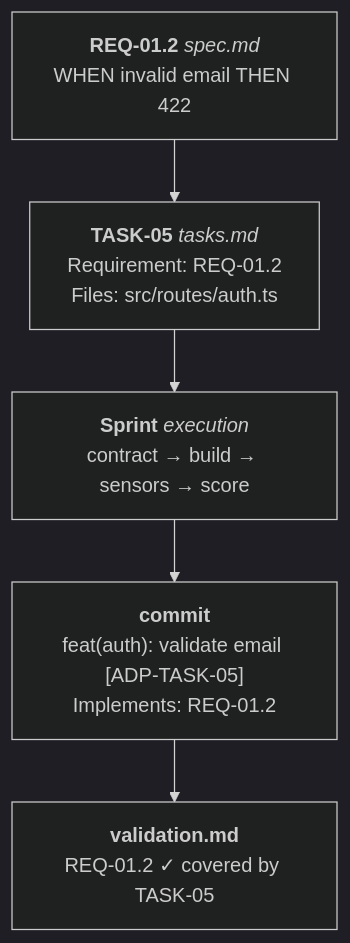
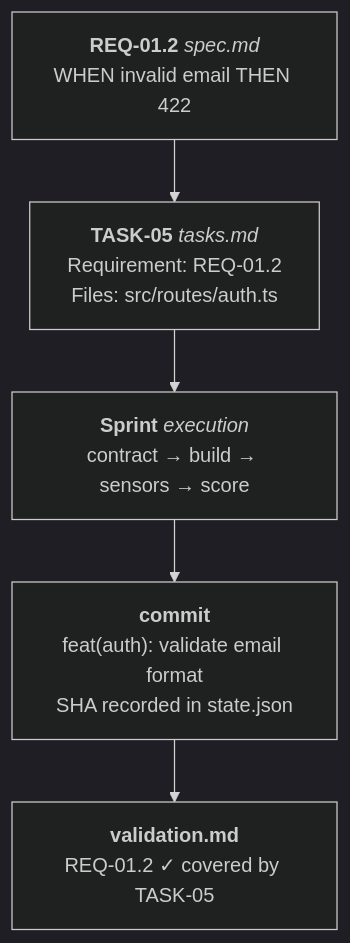
The second of 4 diagrams in README.md (0xPuncker/adp), drawn with Mermaid (dark theme) before and after one commit. The commit also changed other lines of this file, not shown here.

Commit message:
docs(readme): add TLC-Spec Driven reference + fix stale ADP trailers

````diff
--- a/README.md
+++ b/README.md
@@ -201,9 +202,9 @@
 ```mermaid
 flowchart TD
     req["<b>REQ-01.2</b> <i>spec.md</i><br/>WHEN invalid email THEN 422"]
     task["<b>TASK-05</b> <i>tasks.md</i><br/>Requirement: REQ-01.2<br/>Files: src/routes/auth.ts"]
     sprint["<b>Sprint</b> <i>execution</i><br/>contract → build → sensors → score"]
-    commit["<b>commit</b><br/>feat(auth): validate email [ADP-TASK-05]<br/>Implements: REQ-01.2"]
+    commit["<b>commit</b><br/>feat(auth): validate email format<br/>SHA recorded in state.json"]
     val["<b>validation.md</b><br/>REQ-01.2 ✓ covered by TASK-05"]
     req --> task --> sprint --> commit --> val
 ```
````
